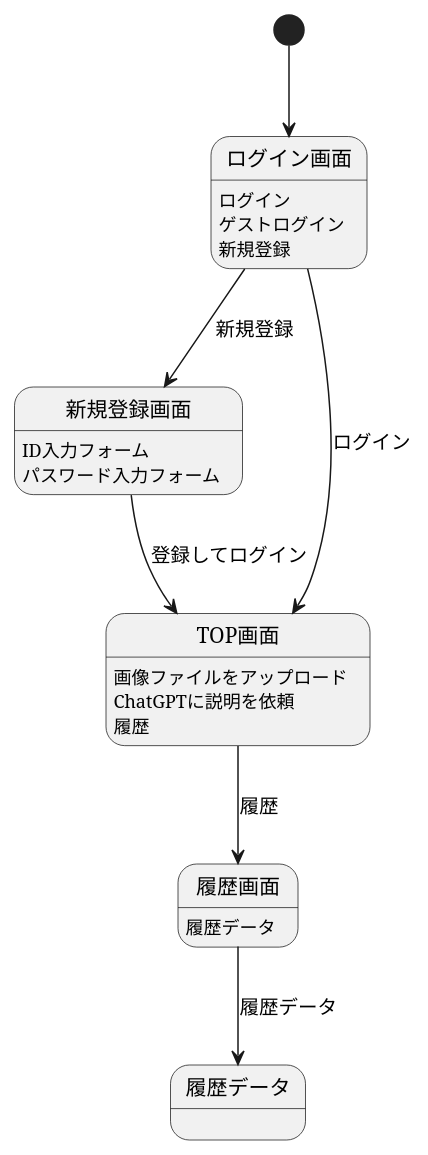
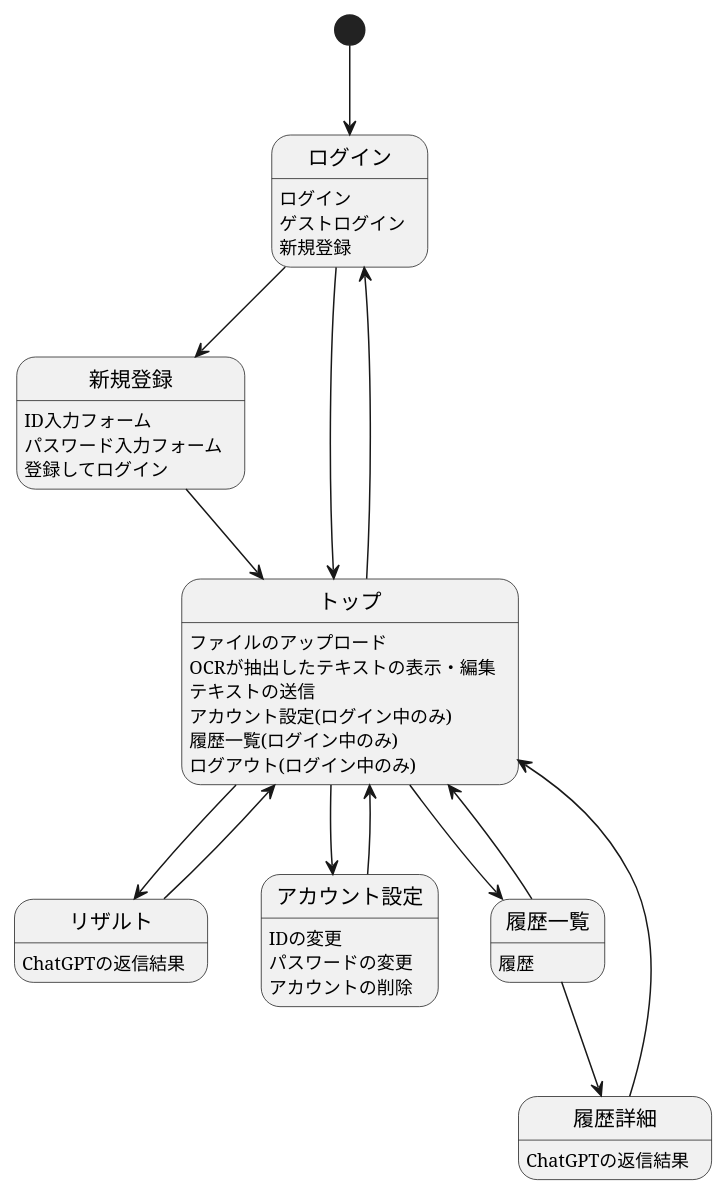
Before and after one commit to nobukofu69/image2chatgpt: the diagram in documents/screen_flow_diagram.pu, drawn with PlantUML. The commit also changed 1 other file, not shown here.

Commit message:
screen_flow_diagram修正

```diff
--- a/documents/screen_flow_diagram.pu
+++ b/documents/screen_flow_diagram.pu
@@ -1,22 +1,41 @@
 @startuml
 
-[*] --> ログイン画面
-ログイン画面 : ログイン
-ログイン画面 : ゲストログイン
-ログイン画面 : 新規登録
-ログイン画面 --> 新規登録画面 : 新規登録
-ログイン画面 --> TOP画面 : ログイン
+[*] --> ログイン
+ログイン : ログイン
+ログイン : ゲストログイン
+ログイン : 新規登録
+ログイン --> 新規登録
+ログイン --> トップ
 
-新規登録画面 : ID入力フォーム
-新規登録画面 : パスワード入力フォーム
-新規登録画面 --> TOP画面 : 登録してログイン
+新規登録 : ID入力フォーム
+新規登録 : パスワード入力フォーム
+新規登録 : 登録してログイン
+新規登録 --> トップ
 
-TOP画面 : 画像ファイルをアップロード
-TOP画面 : ChatGPTに説明を依頼
-TOP画面 : 履歴
-TOP画面 --> 履歴画面 : 履歴
+トップ : ファイルのアップロード
+トップ : OCRが抽出したテキストの表示・編集
+トップ : テキストの送信
+トップ : アカウント設定(ログイン中のみ)
+トップ : 履歴一覧(ログイン中のみ)
+トップ : ログアウト(ログイン中のみ)
+トップ --> リザルト
+トップ --> アカウント設定
+トップ --> 履歴一覧
+トップ --> ログイン
 
-履歴画面 : 履歴データ
-履歴画面 --> 履歴データ : 履歴データ
+リザルト : ChatGPTの返信結果
+リザルト --> トップ
+
+アカウント設定 : IDの変更
+アカウント設定 : パスワードの変更
+アカウント設定 : アカウントの削除
+アカウント設定 --> トップ
+
+履歴一覧 : 履歴
+履歴一覧 --> トップ
+履歴一覧 --> 履歴詳細
+
+履歴詳細 : ChatGPTの返信結果
+履歴詳細 --> トップ
 
 @enduml
```
